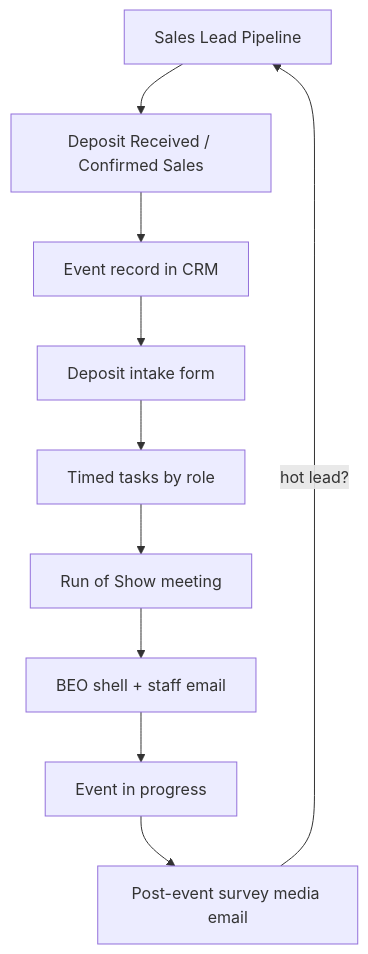
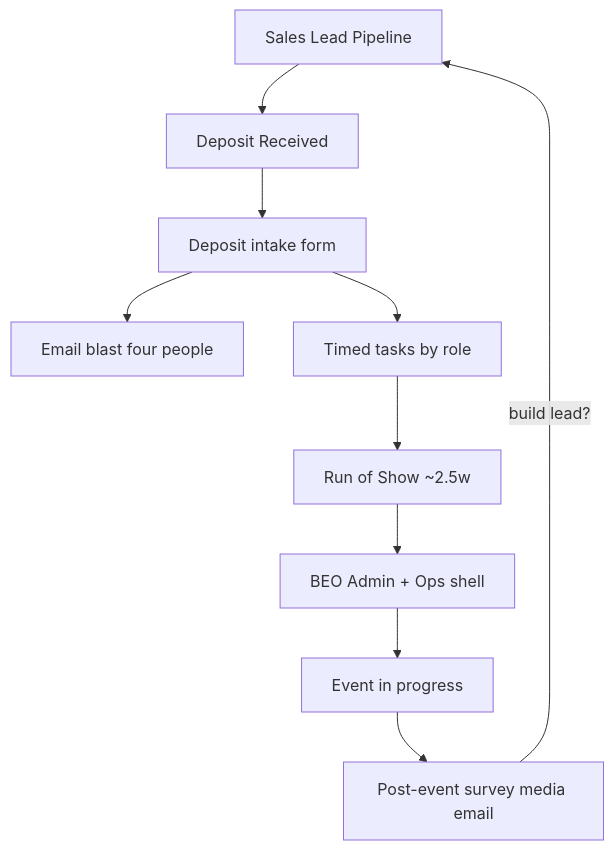
One commit to AliAqdas2/studious-octo-couscous changed the diagram in plans/README.md. Above: the diagram before and after it, drawn with Mermaid. The commit also changed other lines of this file and 98 other files, not shown here.

````diff
--- a/plans/README.md
+++ b/plans/README.md
@@ -31,22 +42,22 @@
 ```mermaid
 flowchart TD
   lead[Sales Lead Pipeline]
-  deposit[Deposit Received / Confirmed Sales]
-  event[Event record in CRM]
+  deposit[Deposit Received]
   intake[Deposit intake form]
+  notify[Email blast four people]
   tasks[Timed tasks by role]
-  ros[Run of Show meeting]
-  beo[BEO shell + staff email]
+  ros[Run of Show ~2.5w]
+  beo[BEO Admin + Ops shell]
   dayOf[Event in progress]
   post[Post-event survey media email]
 
   lead --> deposit
-  deposit --> event
-  event --> intake
+  deposit --> intake
+  intake --> notify
   intake --> tasks
   tasks --> ros
   ros --> beo
   beo --> dayOf
   dayOf --> post
-  post -->|hot lead?| lead
+  post -->|build lead?| lead
 ```
````
